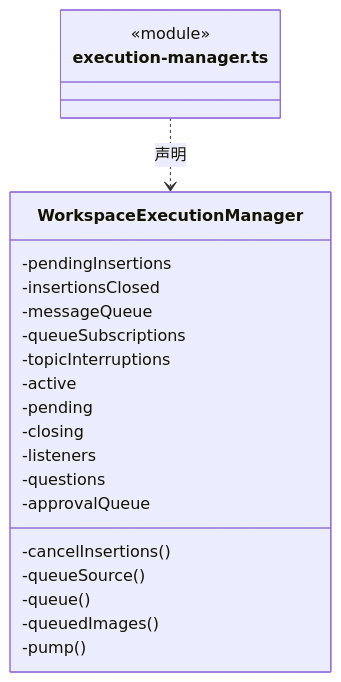
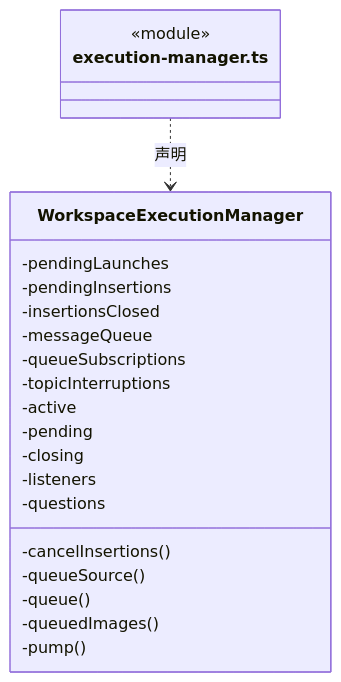
One commit to nan023062/cbim changed the fifth of 12 diagrams in src/logic/conversation/runtime/ARCHITECTURE.md. Above: the diagram before and after it, drawn with Mermaid. The commit also changed other lines of this file and 139 other files, not shown here.

Commit message:
docs(architecture): add source reading paths and complete file inventories

````diff
--- a/src/logic/conversation/runtime/ARCHITECTURE.md
+++ b/src/logic/conversation/runtime/ARCHITECTURE.md
@@ -173,25 +177,25 @@
 ```mermaid
 classDiagram
 class N_src_logic_conversation_runtime_execution_manager_ts["execution-manager.ts"] {
   <<module>>
 }
 class N_src_logic_conversation_runtime_execution_manager_ts_WorkspaceExecutionManager["WorkspaceExecutionManager"] {
+  -pendingLaunches
   -pendingInsertions
   -insertionsClosed
   -cancelInsertions()
   -messageQueue
   -queueSubscriptions
   -queueSource()
   -queue()
   -queuedImages()
   -pump()
   -topicInterruptions
   -active
   -pending
   -closing
   -listeners
   -questions
-  -approvalQueue
 }
 N_src_logic_conversation_runtime_execution_manager_ts ..> N_src_logic_conversation_runtime_execution_manager_ts_WorkspaceExecutionManager : 声明
 ```
````
